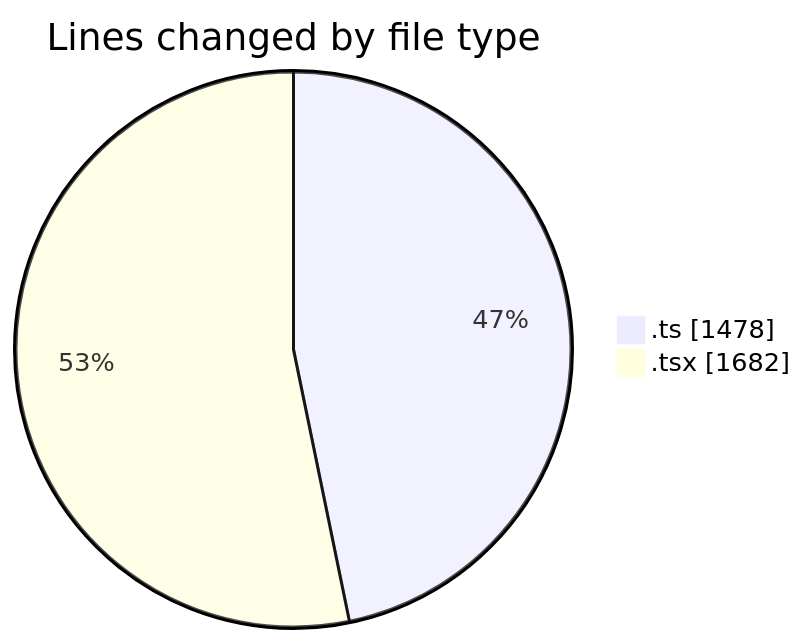
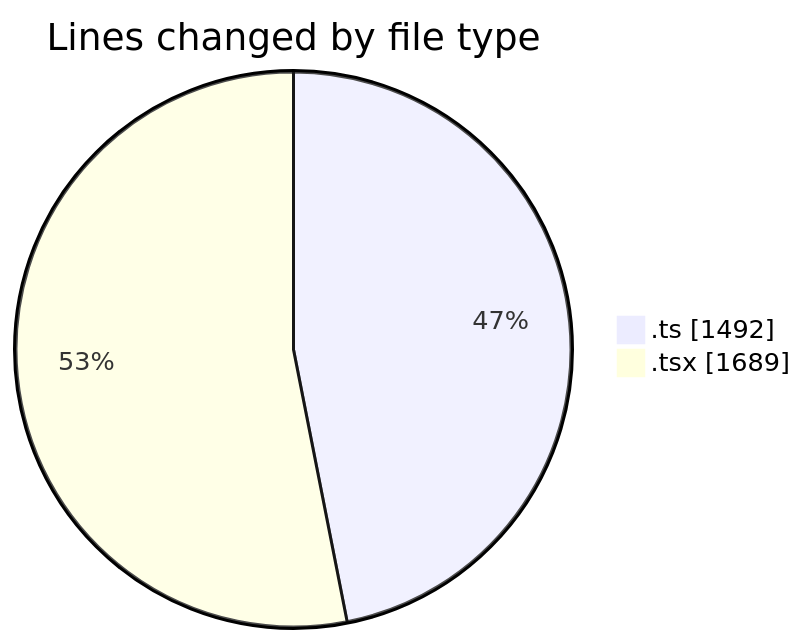
One commit to nxtqubesakshisongat/code-tracking changed the first of 2 diagrams in 2026-03-04/nxtqube_webapp/README.md. Above: the diagram before and after it, drawn with Mermaid. The commit also changed other lines of this file and 1 other file, not shown here.

````diff
--- a/2026-03-04/nxtqube_webapp/README.md
+++ b/2026-03-04/nxtqube_webapp/README.md
@@ -25,6 +25,6 @@
 ```mermaid
 pie showData
 title Lines changed by file type
-".ts" : 1478
-".tsx" : 1682
+".ts" : 1492
+".tsx" : 1689
 ```
````
